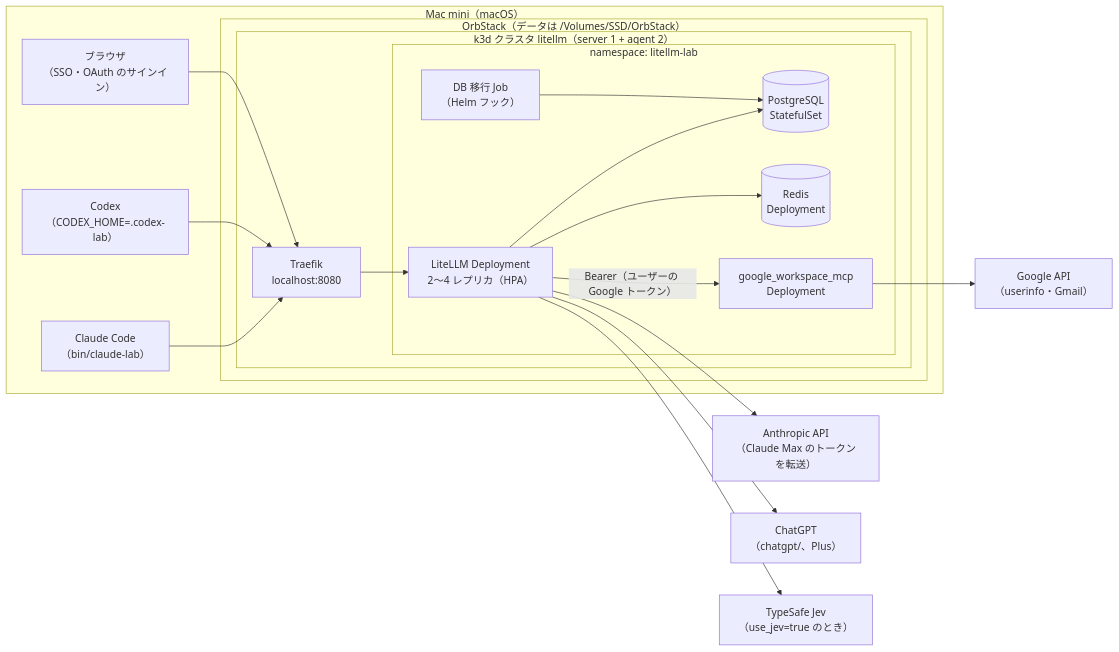
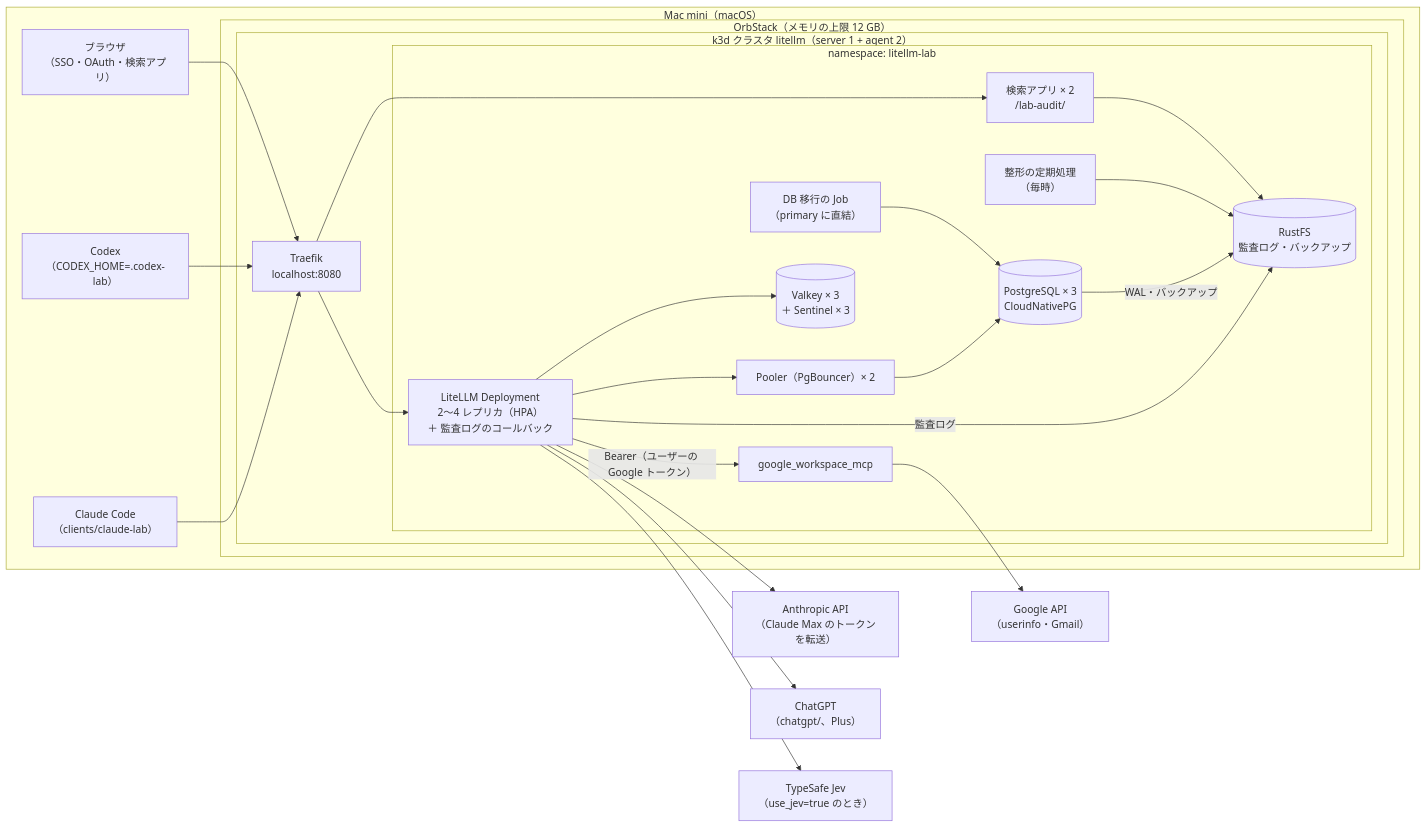
The first of 3 diagrams in docs/design.md (notfolder/litellm-agent-gateway-lab), drawn with Mermaid before and after one commit. The commit also changed other lines of this file and 19 other files, not shown here.

````diff
--- a/docs/design.md
+++ b/docs/design.md
@@ -54,32 +59,41 @@
 ```mermaid
 flowchart LR
     subgraph MAC["Mac mini（macOS）"]
-        CC["Claude Code<br/>（bin/claude-lab）"]
+        CC["Claude Code<br/>（clients/claude-lab）"]
         CX["Codex<br/>（CODEX_HOME=.codex-lab）"]
-        BR["ブラウザ<br/>（SSO・OAuth のサインイン）"]
-        subgraph ORB["OrbStack（データは /Volumes/SSD/OrbStack）"]
+        BR["ブラウザ<br/>（SSO・OAuth・検索アプリ）"]
+        subgraph ORB["OrbStack（メモリの上限 12 GB）"]
             subgraph K3D["k3d クラスタ litellm（server 1 + agent 2）"]
                 TR["Traefik<br/>localhost:8080"]
                 subgraph NS["namespace: litellm-lab"]
-                    LL["LiteLLM Deployment<br/>2〜4 レプリカ（HPA）"]
-                    MIG["DB 移行 Job<br/>（Helm フック）"]
-                    PG[("PostgreSQL<br/>StatefulSet")]
-                    RD[("Redis<br/>Deployment")]
-                    WS["google_workspace_mcp<br/>Deployment"]
+                    LL["LiteLLM Deployment<br/>2〜4 レプリカ（HPA）<br/>＋ 監査ログのコールバック"]
+                    MIG["DB 移行の Job<br/>（primary に直結）"]
+                    POOL["Pooler（PgBouncer）× 2"]
+                    PG[("PostgreSQL × 3<br/>CloudNativePG")]
+                    VK[("Valkey × 3<br/>＋ Sentinel × 3")]
+                    S3[("RustFS<br/>監査ログ・バックアップ")]
+                    AV["検索アプリ × 2<br/>/lab-audit/"]
+                    CJ["整形の定期処理<br/>（毎時）"]
+                    WS["google_workspace_mcp"]
                 end
             end
         end
     end
     CC --> TR
     CX --> TR
     BR --> TR
     TR --> LL
-    LL --> PG
-    LL --> RD
+    TR --> AV
+    LL --> POOL --> PG
     MIG --> PG
+    LL --> VK
+    LL -->|監査ログ| S3
+    PG -->|WAL・バックアップ| S3
+    CJ --> S3
+    AV --> S3
     LL -- "Bearer（ユーザーの Google トークン）" --> WS
     WS --> GAPI["Google API<br/>（userinfo・Gmail）"]
     LL --> ANT["Anthropic API<br/>（Claude Max のトークンを転送）"]
     LL --> OAI["ChatGPT<br/>（chatgpt/、Plus）"]
     LL --> JEV["TypeSafe Jev<br/>（use_jev=true のとき）"]
 ```
````
